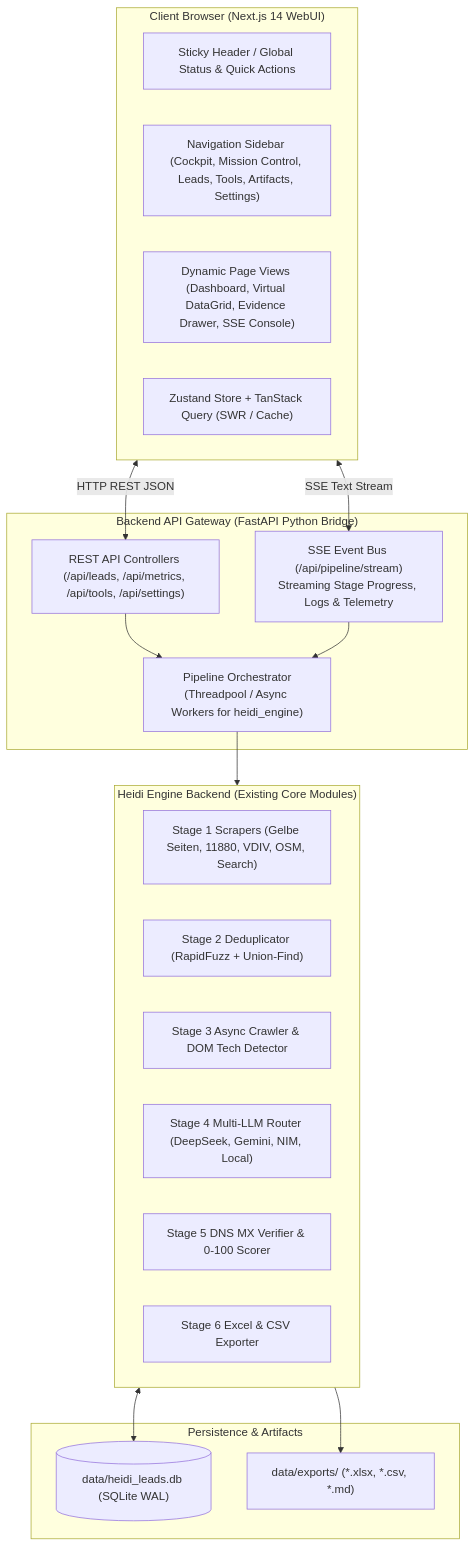
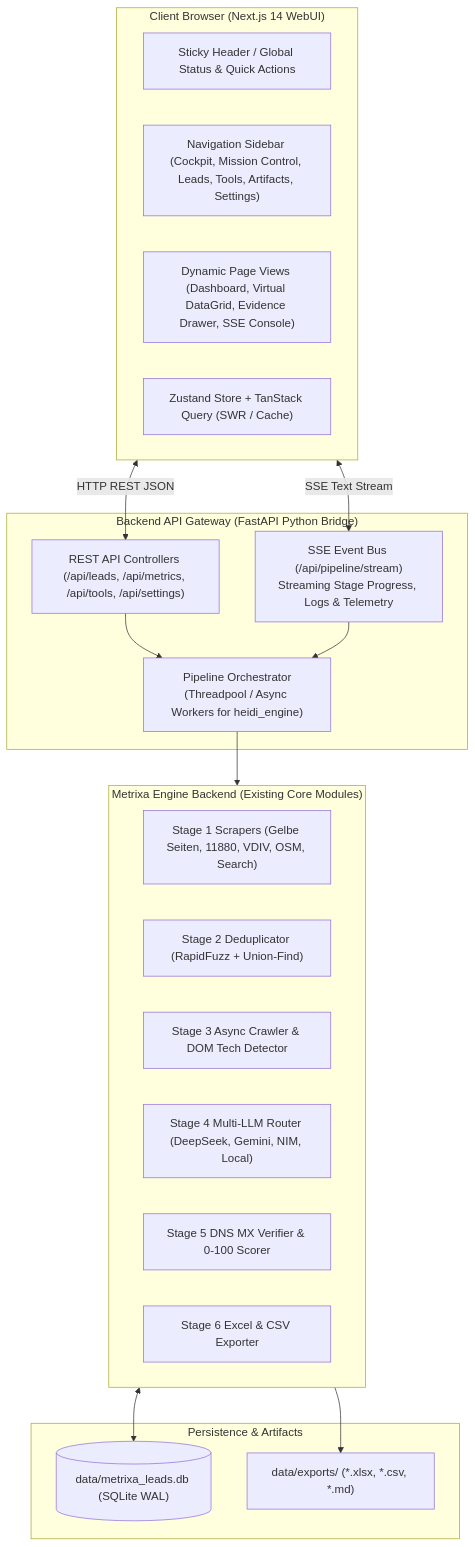
Before and after one commit to sainibhaowal/Metrixa-Systems: the first of 2 diagrams in docs/Web Plan/02_SYSTEM_ARCHITECTURE_AND_TECH_STACK.md, drawn with Mermaid. The commit also changed other lines of this file and 66 other files, not shown here.

Commit message:
feat(core): implement universal B2B leadops platform, add pre-commit hooks, and finalize Metrixa Systems

````diff
--- a/docs/Web Plan/02_SYSTEM_ARCHITECTURE_AND_TECH_STACK.md
+++ b/docs/Web Plan/02_SYSTEM_ARCHITECTURE_AND_TECH_STACK.md
@@ -16,36 +16,36 @@
 ```mermaid
 flowchart TB
     subgraph Browser["Client Browser (Next.js 14 WebUI)"]
         UI_TOP["Sticky Header / Global Status & Quick Actions"]
         UI_SIDE["Navigation Sidebar (Cockpit, Mission Control, Leads, Tools, Artifacts, Settings)"]
         UI_PAGES["Dynamic Page Views (Dashboard, Virtual DataGrid, Evidence Drawer, SSE Console)"]
         STATE["Zustand Store + TanStack Query (SWR / Cache)"]
     end
 
     subgraph API_Bridge["Backend API Gateway (FastAPI Python Bridge)"]
         REST["REST API Controllers (/api/leads, /api/metrics, /api/tools, /api/settings)"]
         SSE["SSE Event Bus (/api/pipeline/stream)\nStreaming Stage Progress, Logs & Telemetry"]
         ORCH["Pipeline Orchestrator\n(Threadpool / Async Workers for heidi_engine)"]
     end
 
-    subgraph Core_Engine["Heidi Engine Backend (Existing Core Modules)"]
+    subgraph Core_Engine["Metrixa Engine Backend (Existing Core Modules)"]
         SCRAPERS["Stage 1 Scrapers (Gelbe Seiten, 11880, VDIV, OSM, Search)"]
         DEDUPE["Stage 2 Deduplicator (RapidFuzz + Union-Find)"]
         CRAWLER["Stage 3 Async Crawler & DOM Tech Detector"]
         LLM["Stage 4 Multi-LLM Router (DeepSeek, Gemini, NIM, Local)"]
         ENRICH["Stage 5 DNS MX Verifier & 0-100 Scorer"]
         EXPORTER["Stage 6 Excel & CSV Exporter"]
     end
 
     subgraph Storage["Persistence & Artifacts"]
-        DB[("data/heidi_leads.db (SQLite WAL)")]
+        DB[("data/metrixa_leads.db (SQLite WAL)")]
         EXPORTS["data/exports/ (*.xlsx, *.csv, *.md)"]
     end
 
     Browser <-->|HTTP REST JSON| REST
     Browser <-->|SSE Text Stream| SSE
     REST & SSE --> ORCH
     ORCH --> Core_Engine
     Core_Engine <--> DB
     Core_Engine --> EXPORTS
 ```
````
